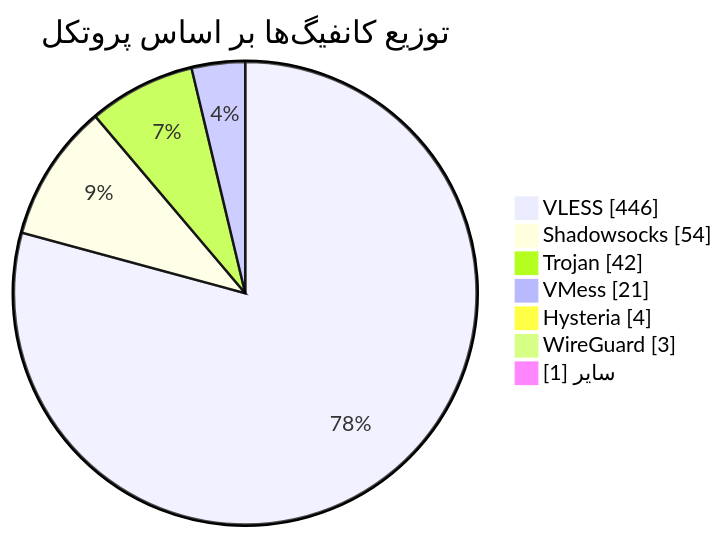
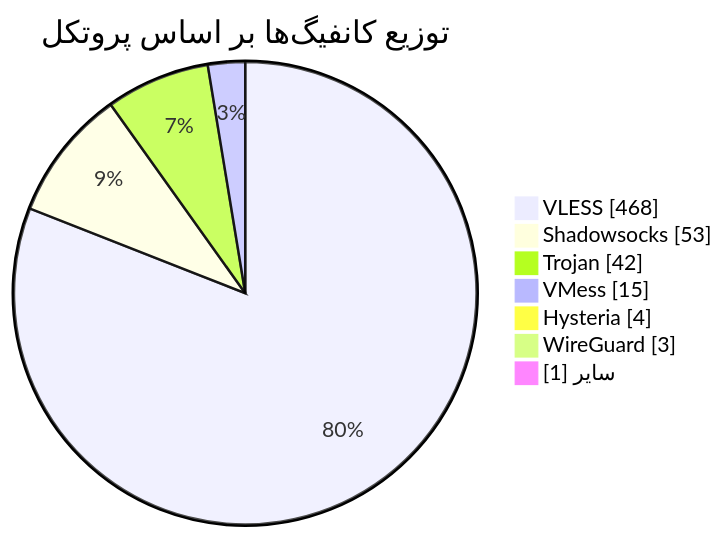
One commit to Arian-Alijani/Somthing changed the diagram in README.md. Above: the diagram before and after it, drawn with Mermaid. The commit also changed other lines of this file and 17 other files, not shown here.

````diff
--- a/README.md
+++ b/README.md
@@ -49,11 +49,11 @@
 ```mermaid
 pie showData
     title توزیع کانفیگ‌ها بر اساس پروتکل
-    "VLESS" : 446
-    "Shadowsocks" : 54
+    "VLESS" : 468
+    "Shadowsocks" : 53
     "Trojan" : 42
-    "VMess" : 21
+    "VMess" : 15
     "Hysteria" : 4
     "WireGuard" : 3
     "سایر" : 1
 ```
````
